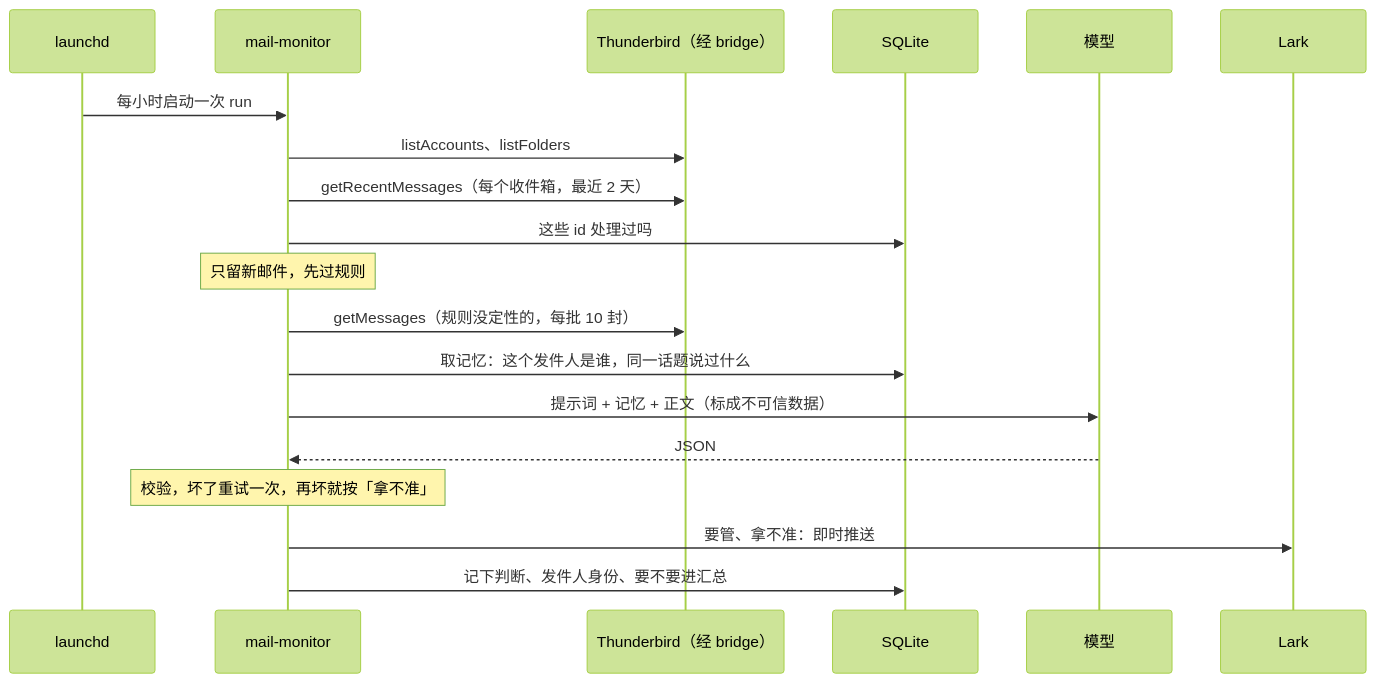
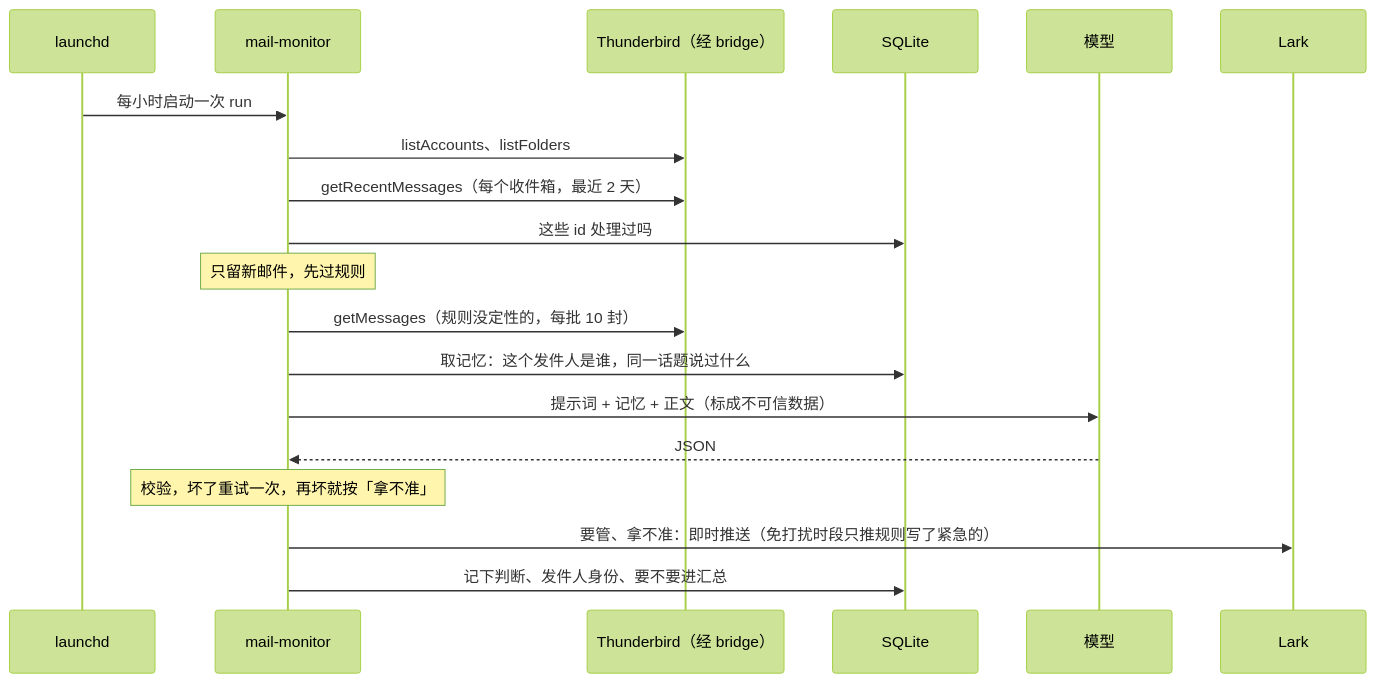
The second of 3 diagrams in monitor/docs/architecture.md (yuhang2551/thunderbird-mail-agent), drawn with Mermaid (forest theme) before and after one commit. The commit also changed other lines of this file and 26 other files, not shown here.

````diff
--- a/monitor/docs/architecture.md
+++ b/monitor/docs/architecture.md
@@ -47,21 +47,21 @@
 ```mermaid
 sequenceDiagram
     participant L as launchd
     participant M as mail-monitor
     participant T as Thunderbird（经 bridge）
     participant D as SQLite
     participant A as 模型
     participant K as Lark
     L->>M: 每小时启动一次 run
     M->>T: listAccounts、listFolders
     M->>T: getRecentMessages（每个收件箱，最近 2 天）
     M->>D: 这些 id 处理过吗
     Note over M: 只留新邮件，先过规则
     M->>T: getMessages（规则没定性的，每批 10 封）
     M->>D: 取记忆：这个发件人是谁，同一话题说过什么
     M->>A: 提示词 + 记忆 + 正文（标成不可信数据）
     A-->>M: JSON
     Note over M: 校验，坏了重试一次，再坏就按「拿不准」
-    M->>K: 要管、拿不准：即时推送
+    M->>K: 要管、拿不准：即时推送（免打扰时段只推规则写了紧急的）
     M->>D: 记下判断、发件人身份、要不要进汇总
 ```
````
